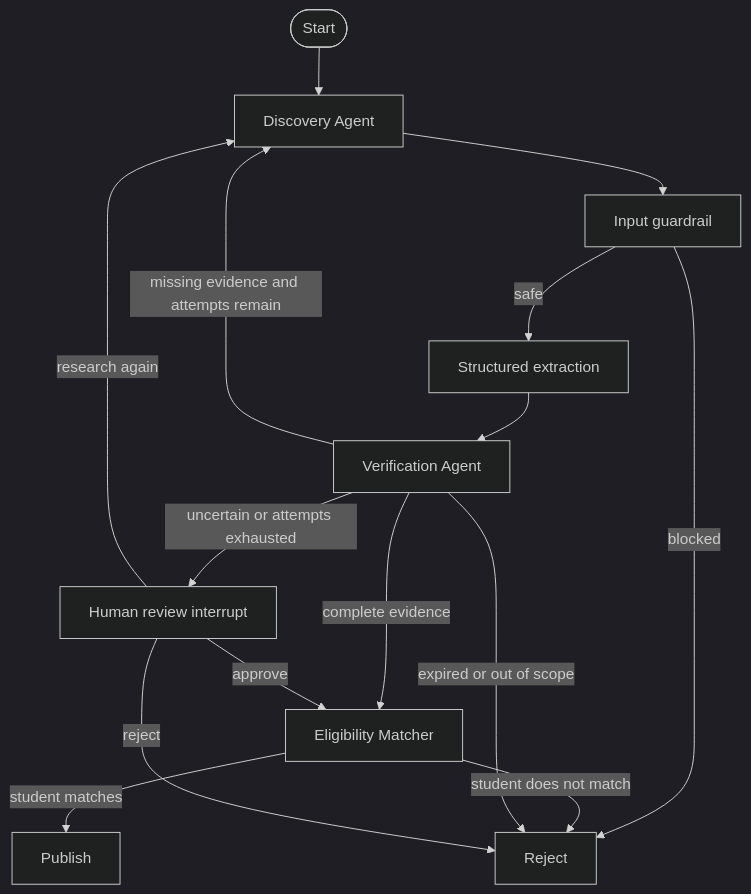
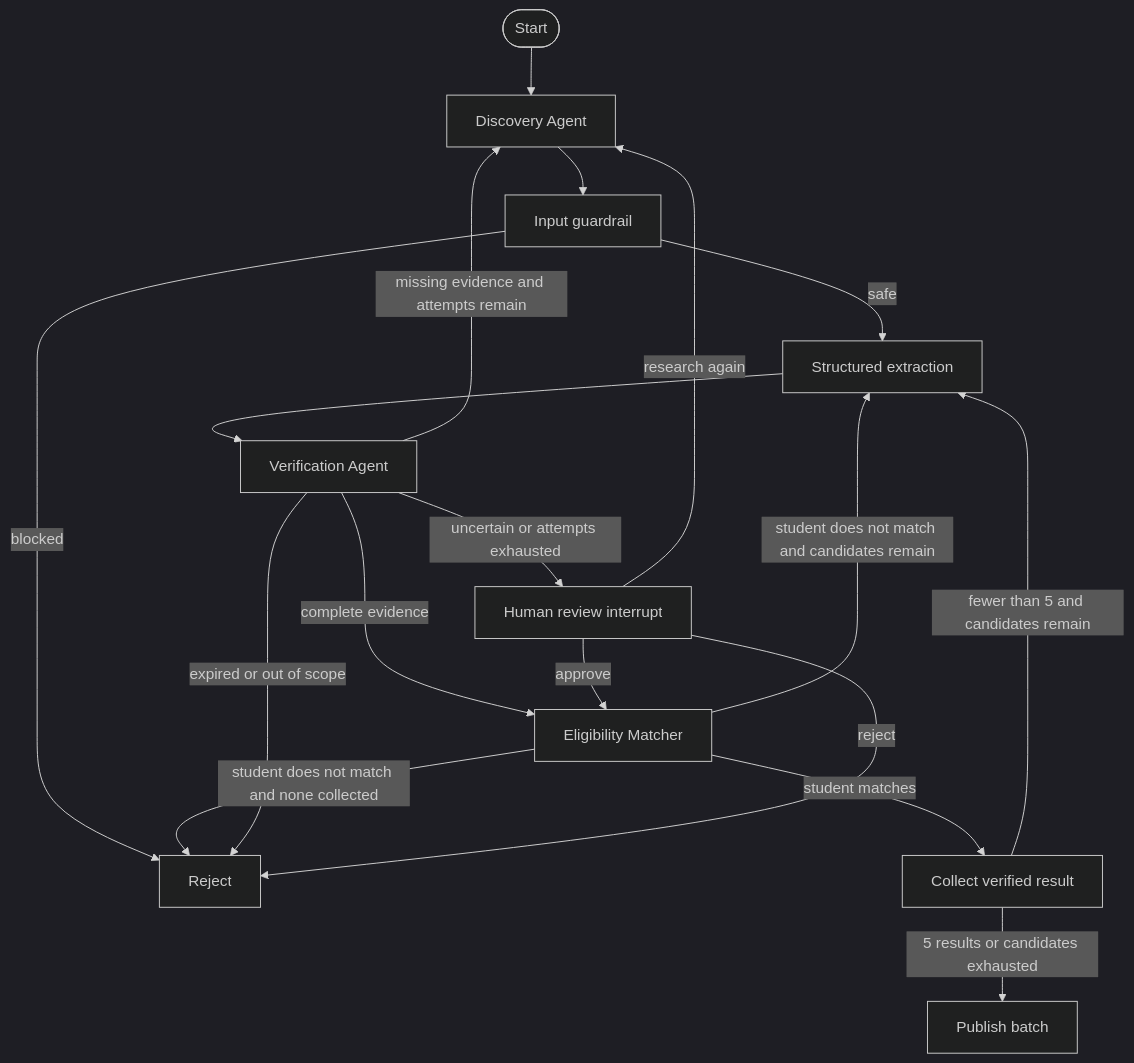
Before and after one commit to K7Ax/NabaaAgent: the diagram in docs/architecture.md, drawn with Mermaid (dark theme). The commit also changed other lines of this file and 20 other files, not shown here.

````diff
--- a/docs/architecture.md
+++ b/docs/architecture.md
@@ -11,17 +11,20 @@
 ```mermaid
 flowchart TD
     S([Start]) --> D[Discovery Agent]
     D --> G[Input guardrail]
     G -->|safe| E[Structured extraction]
     G -->|blocked| X[Reject]
     E --> V[Verification Agent]
     V -->|complete evidence| M[Eligibility Matcher]
-    M -->|student matches| P[Publish]
-    M -->|student does not match| X
+    M -->|student matches| C[Collect verified result]
+    M -->|student does not match and candidates remain| E
+    M -->|student does not match and none collected| X
+    C -->|fewer than 5 and candidates remain| E
+    C -->|5 results or candidates exhausted| P[Publish batch]
     V -->|missing evidence and attempts remain| D
     V -->|uncertain or attempts exhausted| H[Human review interrupt]
     V -->|expired or out of scope| X
     H -->|approve| M
     H -->|research again| D
     H -->|reject| X
 ```
````
